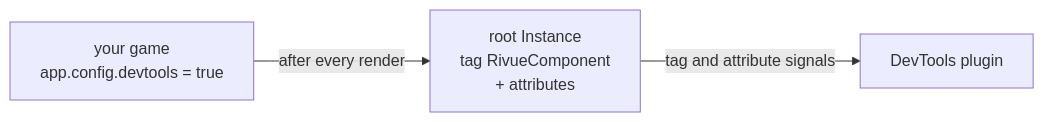
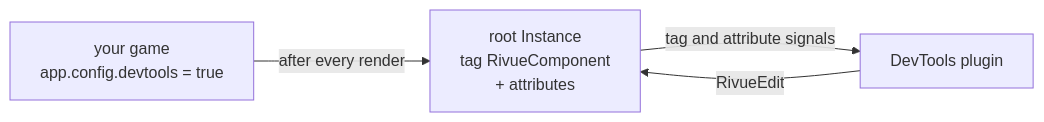
The diagram in docs/DEVTOOLS.md (linhisreal/Rivue), drawn with Mermaid before and after one commit. The commit also changed other lines of this file and 23 other files, not shown here.

````diff
--- a/docs/DEVTOOLS.md
+++ b/docs/DEVTOOLS.md
@@ -39,5 +63,6 @@
 ```mermaid
 flowchart LR
     G["your game<br/>app.config.devtools = true"] -- "after every render" --> I["root Instance<br/>tag RivueComponent<br/>+ attributes"]
     I -- "tag and attribute signals" --> P["DevTools plugin"]
+    P -- "RivueEdit" --> I
 ```
````
